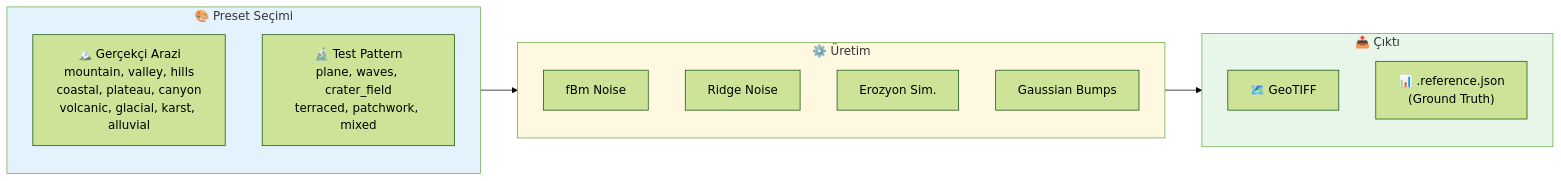
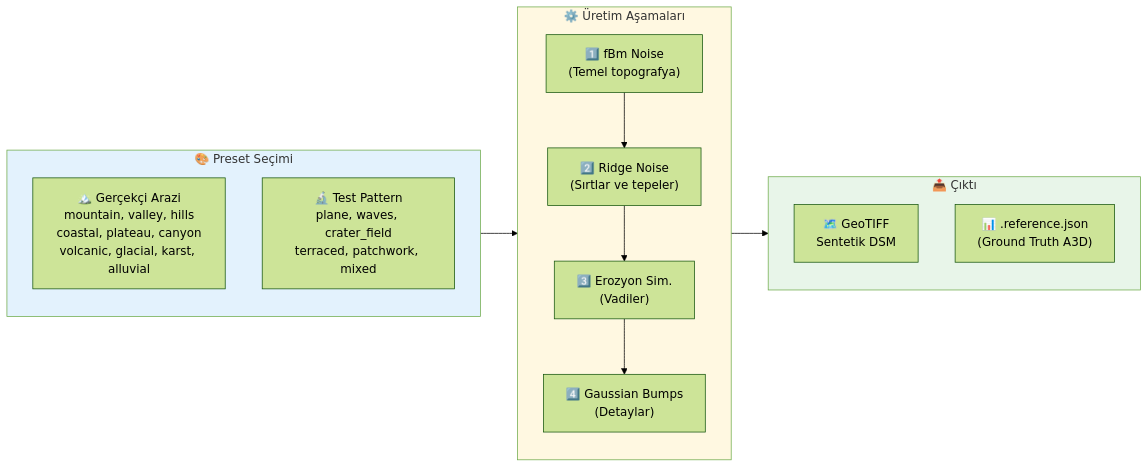
Before and after one commit to elestirmen/yuzey_alani_hesaplama: the second of 2 diagrams in README.md, drawn with Mermaid (forest theme). The commit also changed other lines of this file, not shown here.

````diff
--- a/README.md
+++ b/README.md
@@ -174,28 +180,29 @@
 ```mermaid
 flowchart LR
     subgraph PRESETS["🎨 Preset Seçimi"]
         direction TB
         REAL["🏔️ Gerçekçi Arazi<br/>mountain, valley, hills<br/>coastal, plateau, canyon<br/>volcanic, glacial, karst, alluvial"]
         TEST["🔬 Test Pattern<br/>plane, waves, crater_field<br/>terraced, patchwork, mixed"]
     end
 
-    subgraph GENERATION["⚙️ Üretim"]
+    subgraph GENERATION["⚙️ Üretim Aşamaları"]
         direction TB
-        FBM["fBm Noise"]
-        RIDGE["Ridge Noise"]
-        EROSION["Erozyon Sim."]
-        BUMPS["Gaussian Bumps"]
+        FBM["1️⃣ fBm Noise<br/>(Temel topografya)"]
+        RIDGE["2️⃣ Ridge Noise<br/>(Sırtlar ve tepeler)"]
+        EROSION["3️⃣ Erozyon Sim.<br/>(Vadiler)"]
+        BUMPS["4️⃣ Gaussian Bumps<br/>(Detaylar)"]
     end
 
     subgraph OUTPUTS["📤 Çıktı"]
-        TIFF["🗺️ GeoTIFF"]
-        REF["📊 .reference.json<br/>(Ground Truth)"]
+        TIFF["🗺️ GeoTIFF<br/>Sentetik DSM"]
+        REF["📊 .reference.json<br/>(Ground Truth A3D)"]
     end
 
     PRESETS --> GENERATION
+    FBM --> RIDGE --> EROSION --> BUMPS
     GENERATION --> OUTPUTS
 
     style PRESETS fill:#e3f2fd
     style GENERATION fill:#fff8e1
     style OUTPUTS fill:#e8f5e9
 ```
````
